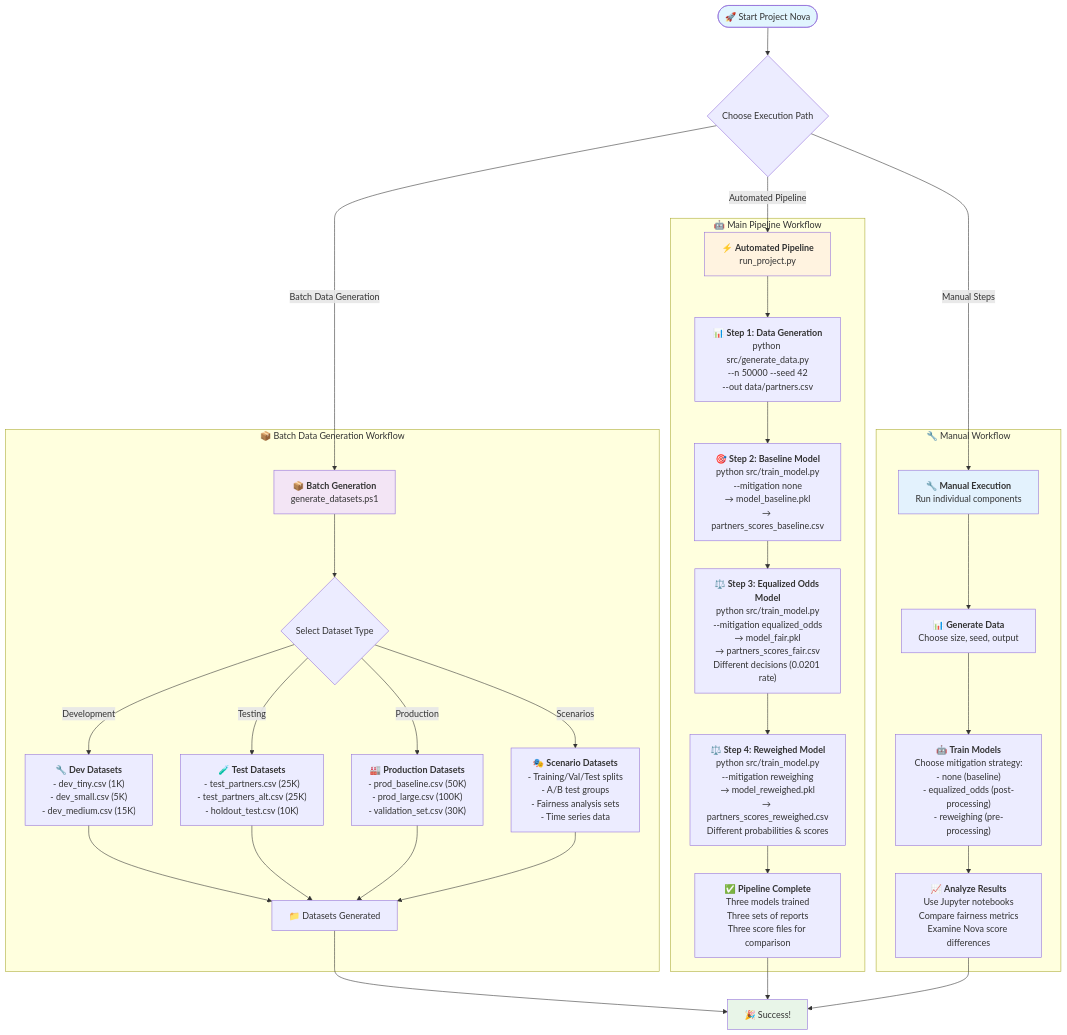
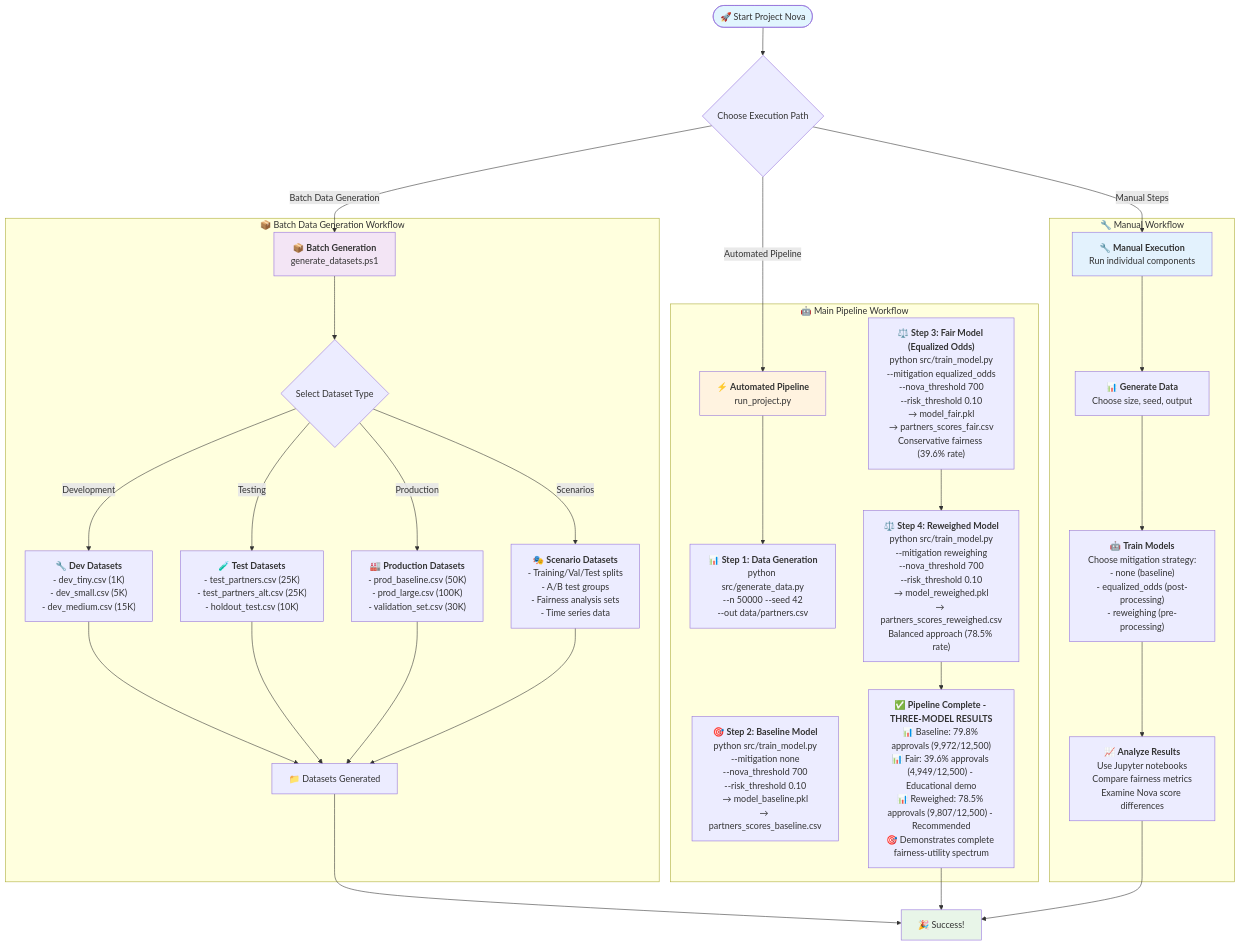
One commit to anibjee/project-nova-credit-scoring changed the second of 9 diagrams in PROJECT_NOVA_FLOWCHART.md. Above: the diagram before and after it, drawn with Mermaid. The commit also changed other lines of this file and 13 other files, not shown here.

First line of the commit message:
Update flowchart with correct three-model approval rates

```diff
--- a/PROJECT_NOVA_FLOWCHART.md
+++ b/PROJECT_NOVA_FLOWCHART.md
@@ -139,30 +139,37 @@
         --n 50000 --seed 42
         --out data/partners.csv`"]
         
-        STEP1 --> STEP2["`🎯 **Step 2: Baseline Model**
+        STEP2["`🎯 **Step 2: Baseline Model**
         python src/train_model.py
         --mitigation none
+        --nova_threshold 700
+        --risk_threshold 0.10
         → model_baseline.pkl
         → partners_scores_baseline.csv`"]
         
-        STEP2 --> STEP3["`⚖️ **Step 3: Equalized Odds Model**
+        STEP3["`⚖️ **Step 3: Fair Model (Equalized Odds)**
         python src/train_model.py
         --mitigation equalized_odds
+        --nova_threshold 700
+        --risk_threshold 0.10
         → model_fair.pkl
         → partners_scores_fair.csv
-        Different decisions (0.0201 rate)`"]
+        Conservative fairness (39.6% rate)`"]
         
         STEP3 --> STEP4["`⚖️ **Step 4: Reweighed Model**
         python src/train_model.py
         --mitigation reweighing
+        --nova_threshold 700
+        --risk_threshold 0.10
         → model_reweighed.pkl
         → partners_scores_reweighed.csv
-        Different probabilities & scores`"]
+        Balanced approach (78.5% rate)`"]
         
-        STEP4 --> COMPLETE["`✅ **Pipeline Complete**
-        Three models trained
-        Three sets of reports
-        Three score files for comparison`"]
+        STEP4 --> COMPLETE["`✅ **Pipeline Complete - THREE-MODEL RESULTS**
+        📊 Baseline: 79.8% approvals (9,972/12,500)
+        📊 Fair: 39.6% approvals (4,949/12,500) - Educational demo
+        📊 Reweighed: 78.5% approvals (9,807/12,500) - Recommended
+        🎯 Demonstrates complete fairness-utility spectrum`"]
     end
     
     subgraph "🔧 Manual Workflow"
```
